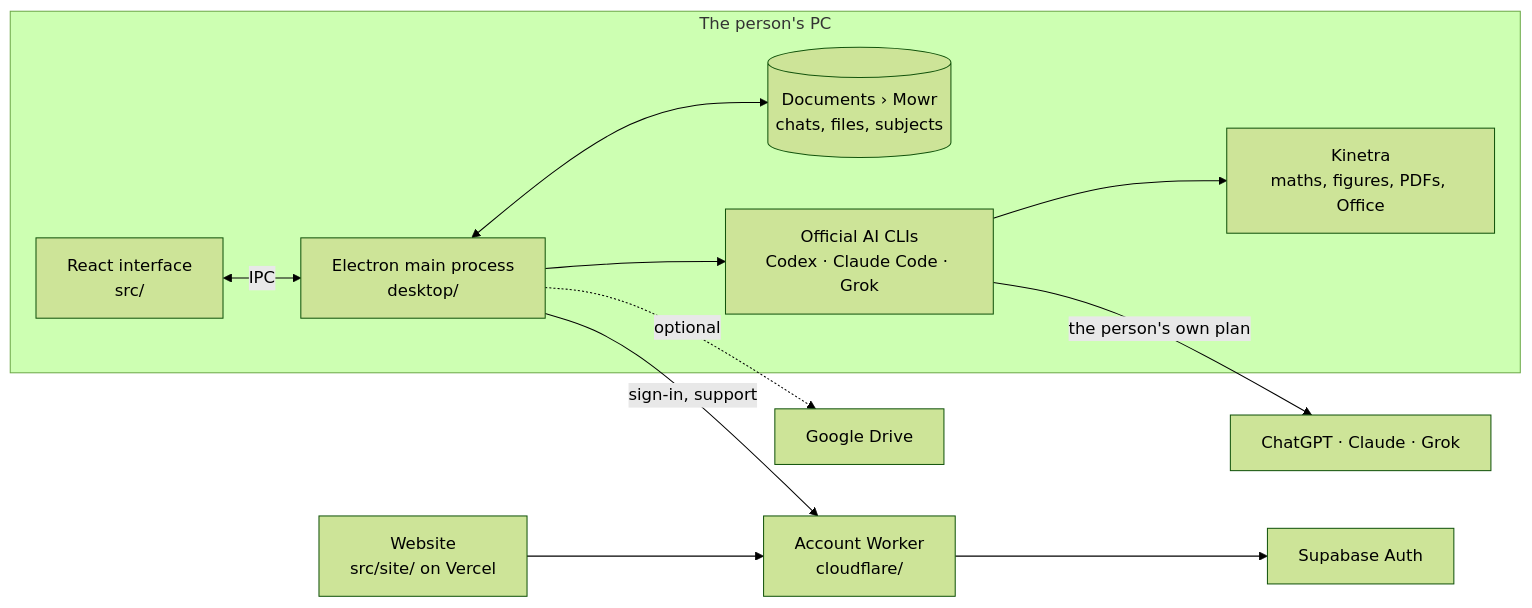
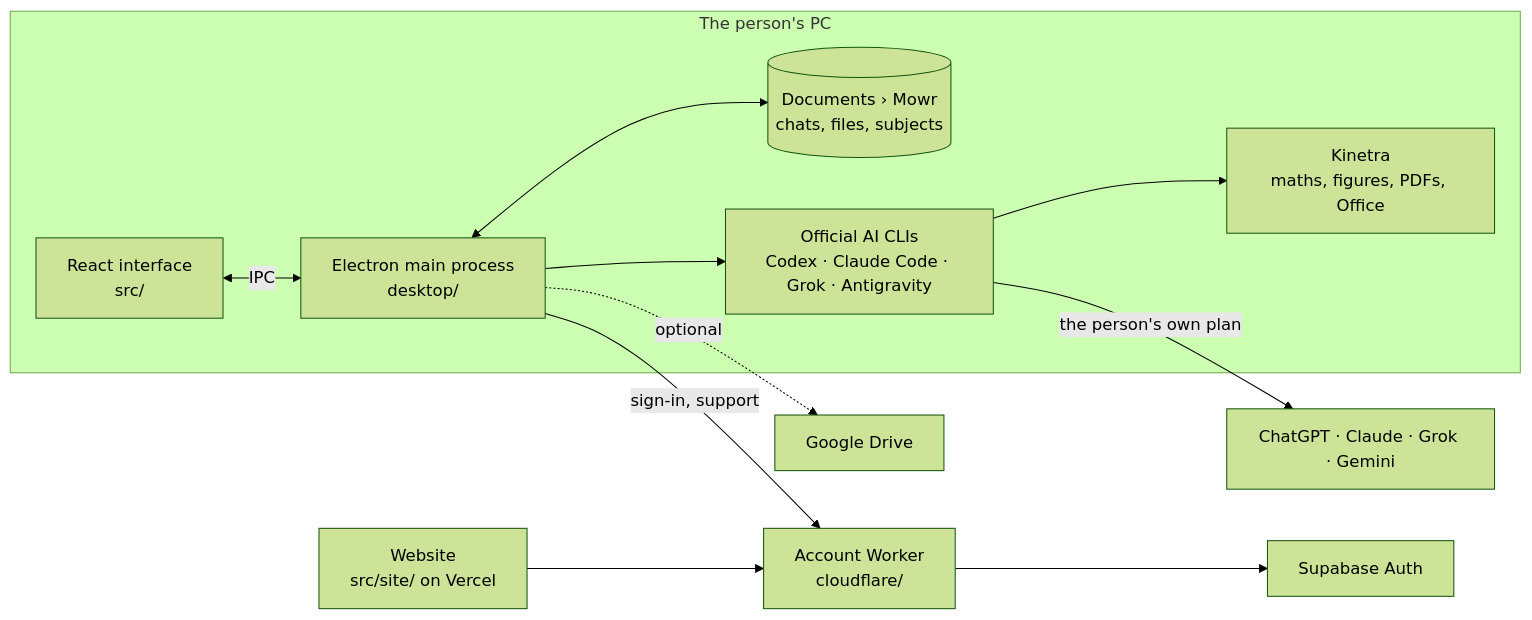
The diagram in docs/ARCHITECTURE.md (mowfxy/clem), drawn with Mermaid (forest theme) before and after one commit. The commit also changed 29 other files, not shown here.

First line of the commit message:
Add Antigravity as a provider, through Google's official ACP agent

````diff
--- a/docs/ARCHITECTURE.md
+++ b/docs/ARCHITECTURE.md
@@ -5,19 +5,19 @@
 ```mermaid
 flowchart LR
   subgraph PC["The person's PC"]
     UI["React interface<br/>src/"]
     Main["Electron main process<br/>desktop/"]
     Files[("Documents › Mowr<br/>chats, files, subjects")]
-    CLIs["Official AI CLIs<br/>Codex · Claude Code · Grok"]
+    CLIs["Official AI CLIs<br/>Codex · Claude Code · Grok · Antigravity"]
     Kinetra["Kinetra<br/>maths, figures, PDFs, Office"]
     UI <-- IPC --> Main
     Main <--> Files
     Main --> CLIs
     CLIs --> Kinetra
   end
-  CLIs -- "the person's own plan" --> AI["ChatGPT · Claude · Grok"]
+  CLIs -- "the person's own plan" --> AI["ChatGPT · Claude · Grok · Gemini"]
   Main -- "sign-in, support" --> Account["Account Worker<br/>cloudflare/"]
   Account --> Auth["Supabase Auth"]
   Main -. "optional" .-> Drive["Google Drive"]
   Site["Website<br/>src/site/ on Vercel"] --> Account
 ```
````
